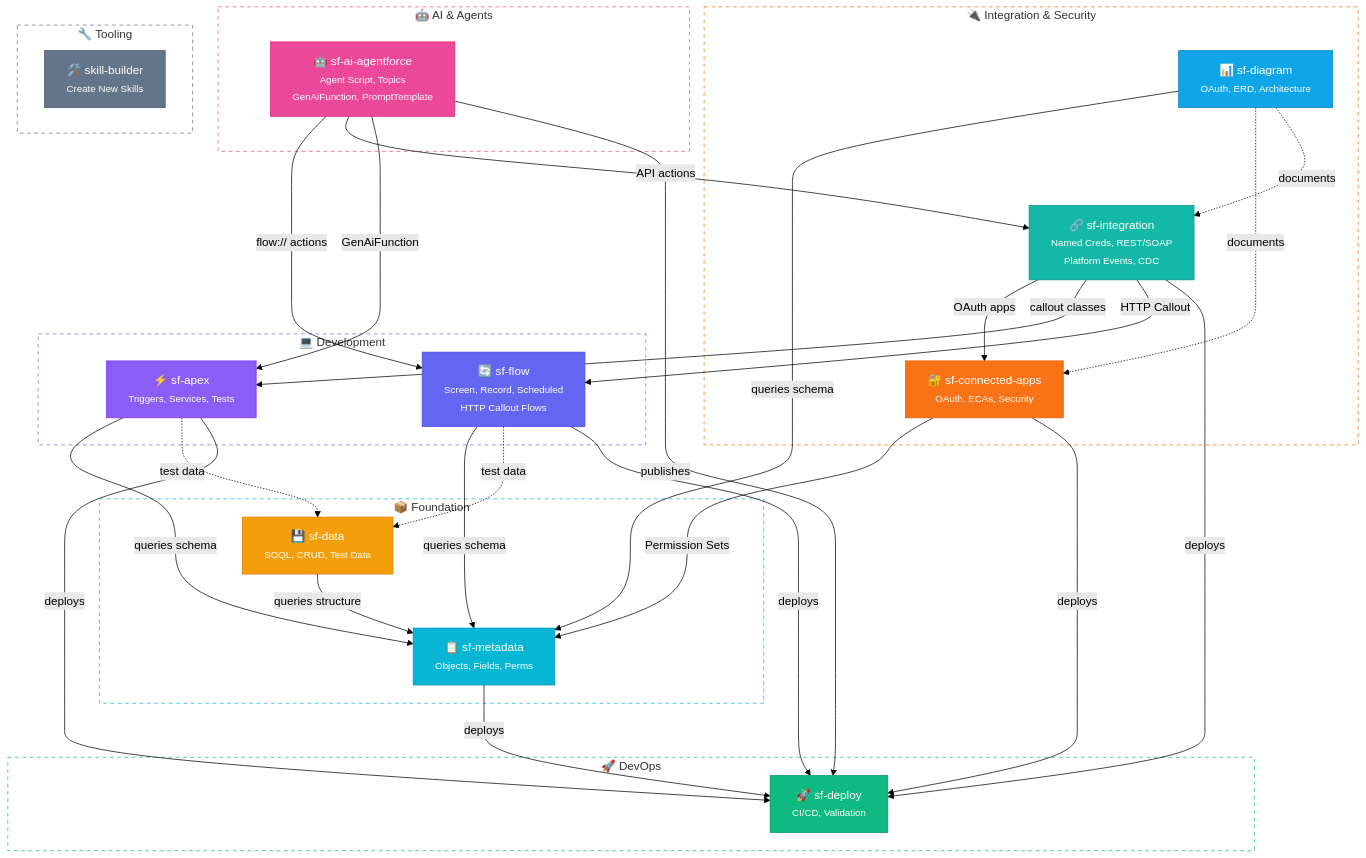
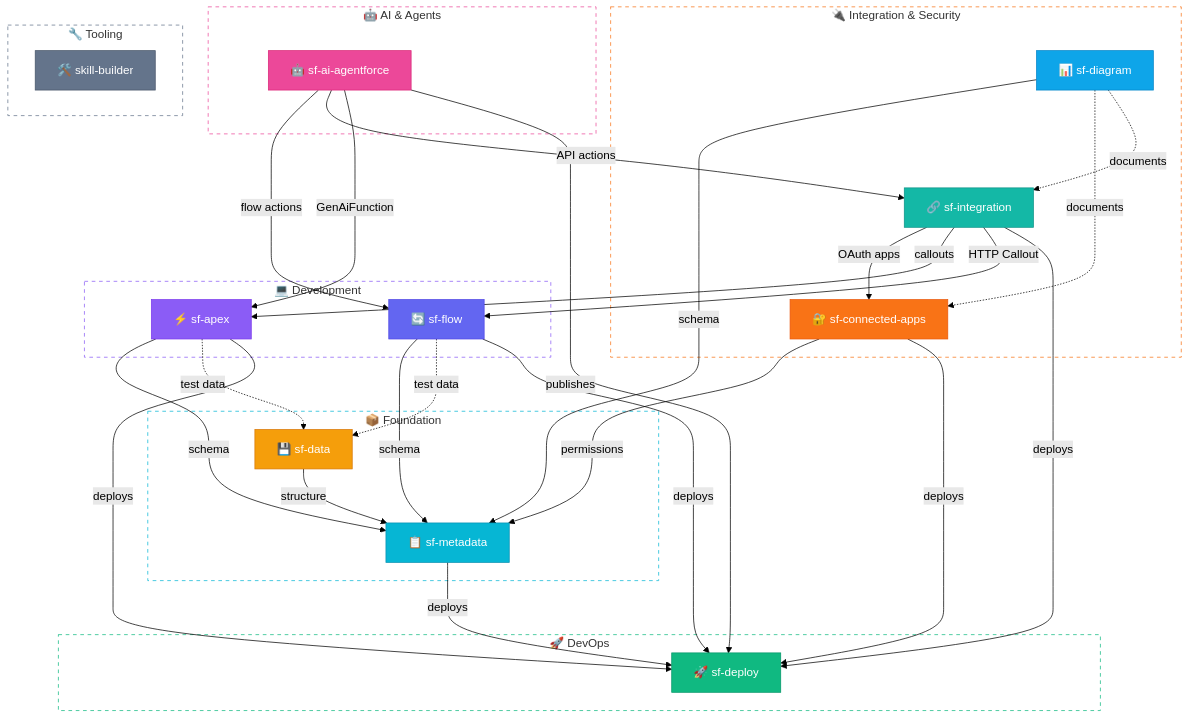
One commit to Jaganpro/sf-skills changed the diagram in README.md. Above: the diagram before and after it, drawn with Mermaid (forest theme). The commit also changed 1 other file, not shown here.

Commit message:
1 fix: Resolve Mermaid text cutoff by simplifying node labels    2    3 ROOT CAUSE:    4 Mermaid calculates node width based on first line only. Using <br/>    5 and <small> tags causes text to overflow and get cut off because:    6 - <small> tags are not reliably supported across renderers    7 - Multi-line content exceeds the calculated width    8    9 FIXES APPLIED:   10   11 README.md:   12 - Simplified all node labels to icon + skill name only   13 - Removed all <br/> and <small> tags   14 - Shortened edge labels for cleaner rendering   15   16 sf-diagram/docs/color-palette.md:   17 - Updated Complete Style Template with simplified labels   18 - Added "Label Guidelines" section with DO/DON'T examples   19 - Documented why multi-line labels cause issues   20   21 This ensures consistent rendering across GitHub, VS Code,   22 and other Mermaid viewers.

````diff
--- a/README.md
+++ b/README.md
@@ -80,55 +80,55 @@
 ```mermaid
 flowchart TB
     subgraph ai["🤖 AI & Agents"]
-        agentforce["🤖 sf-ai-agentforce<br/><small>Agent Script, Topics<br/>GenAiFunction, PromptTemplate</small>"]
+        agentforce["🤖 sf-ai-agentforce"]
     end
 
     subgraph integration["🔌 Integration & Security"]
-        connectedapps["🔐 sf-connected-apps<br/><small>OAuth, ECAs, Security</small>"]
-        sfintegration["🔗 sf-integration<br/><small>Named Creds, REST/SOAP<br/>Platform Events, CDC</small>"]
-        diagram["📊 sf-diagram<br/><small>OAuth, ERD, Architecture</small>"]
+        connectedapps["🔐 sf-connected-apps"]
+        sfintegration["🔗 sf-integration"]
+        diagram["📊 sf-diagram"]
     end
 
     subgraph development["💻 Development"]
-        apex["⚡ sf-apex<br/><small>Triggers, Services, Tests</small>"]
-        flow["🔄 sf-flow<br/><small>Screen, Record, Scheduled<br/>HTTP Callout Flows</small>"]
+        apex["⚡ sf-apex"]
+        flow["🔄 sf-flow"]
     end
 
     subgraph foundation["📦 Foundation"]
-        metadata["📋 sf-metadata<br/><small>Objects, Fields, Perms</small>"]
-        data["💾 sf-data<br/><small>SOQL, CRUD, Test Data</small>"]
+        metadata["📋 sf-metadata"]
+        data["💾 sf-data"]
     end
 
     subgraph devops["🚀 DevOps"]
-        deploy["🚀 sf-deploy<br/><small>CI/CD, Validation</small>"]
+        deploy["🚀 sf-deploy"]
     end
 
     subgraph tooling["🔧 Tooling"]
-        skillbuilder["🛠️ skill-builder<br/><small>Create New Skills</small>"]
+        skillbuilder["🛠️ skill-builder"]
     end
 
     %% AI & Agent relationships
-    agentforce -->|"flow:// actions"| flow
+    agentforce -->|"flow actions"| flow
     agentforce -->|"API actions"| sfintegration
     agentforce -->|"GenAiFunction"| apex
 
     %% Integration relationships
     sfintegration -->|"OAuth apps"| connectedapps
-    sfintegration -->|"callout classes"| apex
+    sfintegration -->|"callouts"| apex
     sfintegration -->|"HTTP Callout"| flow
-    connectedapps -->|"Permission Sets"| metadata
-    diagram -->|"queries schema"| metadata
+    connectedapps -->|"permissions"| metadata
+    diagram -->|"schema"| metadata
     diagram -.->|"documents"| connectedapps
     diagram -.->|"documents"| sfintegration
 
     %% Development relationships
-    apex -->|"queries schema"| metadata
-    flow -->|"queries schema"| metadata
+    apex -->|"schema"| metadata
+    flow -->|"schema"| metadata
     apex -.->|"test data"| data
     flow -.->|"test data"| data
 
     %% Foundation relationships
-    data -->|"queries structure"| metadata
+    data -->|"structure"| metadata
 
     %% Deployment relationships
     apex -->|"deploys"| deploy
````
